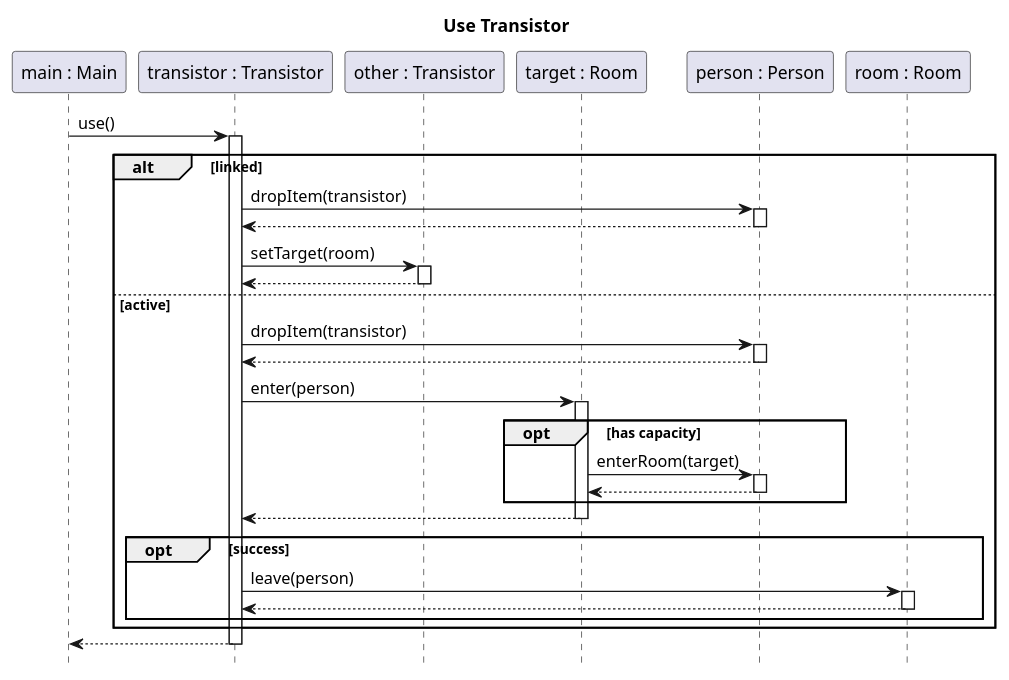
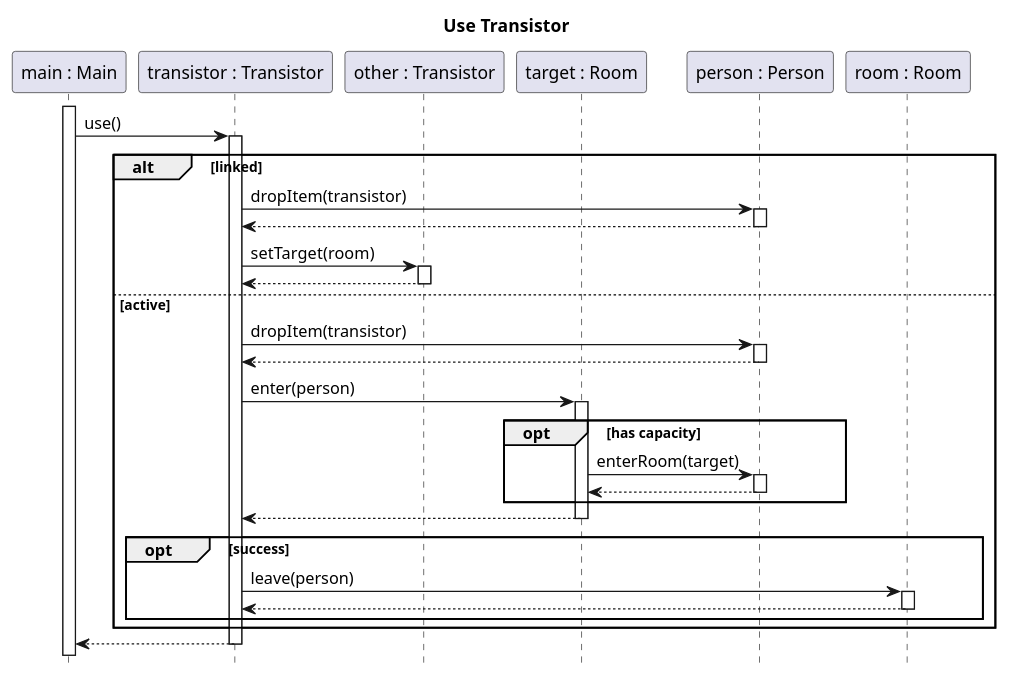
The diagram in docs/diagrams/test-sequence/student-use-transistor.puml (sn4k3ch4rm3r/logarlec), drawn with PlantUML before and after one commit. The commit also changed 2 other files, not shown here.

```diff
--- a/docs/diagrams/test-sequence/student-use-transistor.puml
+++ b/docs/diagrams/test-sequence/student-use-transistor.puml
@@ -1,37 +1,38 @@
 @startuml student-use-transistor
 
 title Use Transistor
 hide footbox
 skinparam SequenceReferenceBackgroundColor white
 
 participant "main : Main" as main
 participant "transistor : Transistor" as transistor
 participant "other : Transistor" as other
 participant "target : Room" as target
 participant "person : Person" as person
 participant "room : Room" as room
 
 autoactivate on
 
+main++
 main-> transistor : use()
 	alt linked
 		transistor -> person : dropItem(transistor)
 		return
 		transistor -> other : setTarget(room)
 		return
 	else active
 		transistor -> person : dropItem(transistor)
 		return
 		transistor -> target : enter(person)
 		opt has capacity
 			target -> person : enterRoom(target)
 			return
 		end
         return
 		opt success
 			transistor -> room ++: leave(person)
 			return
 		end
 	end
 return
 @enduml
```
